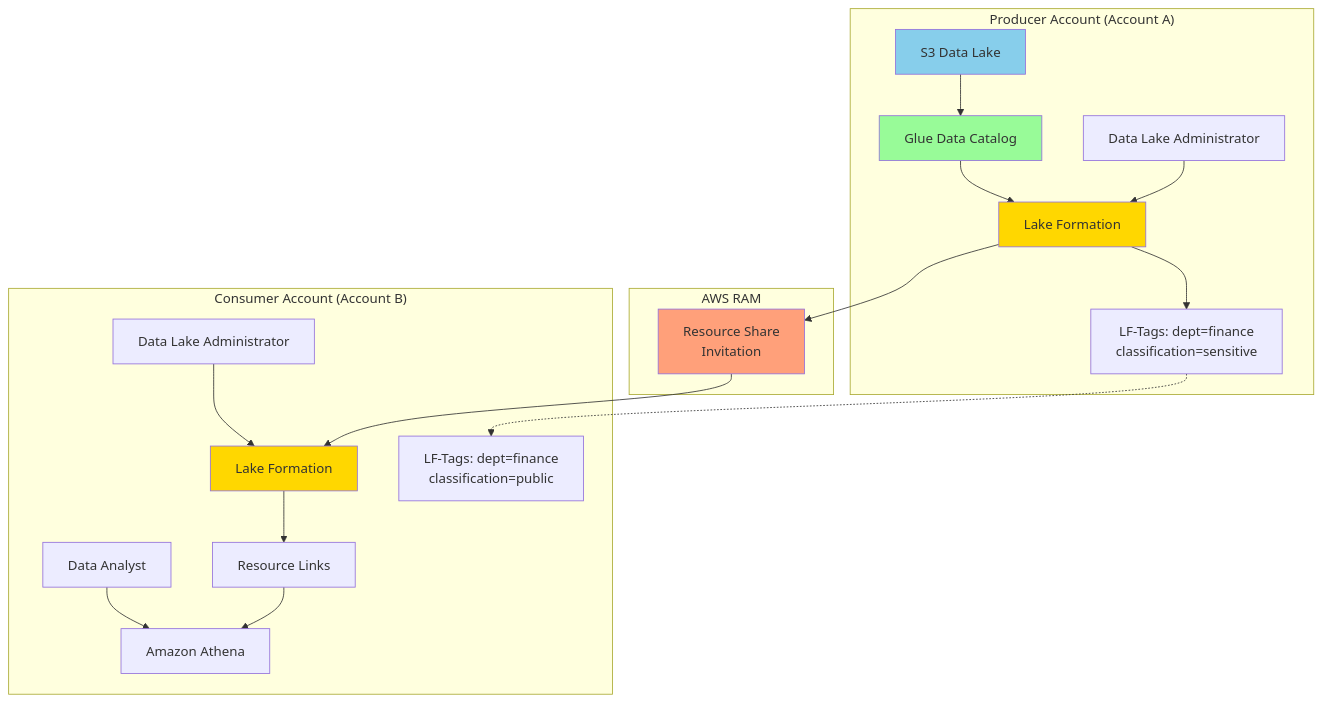
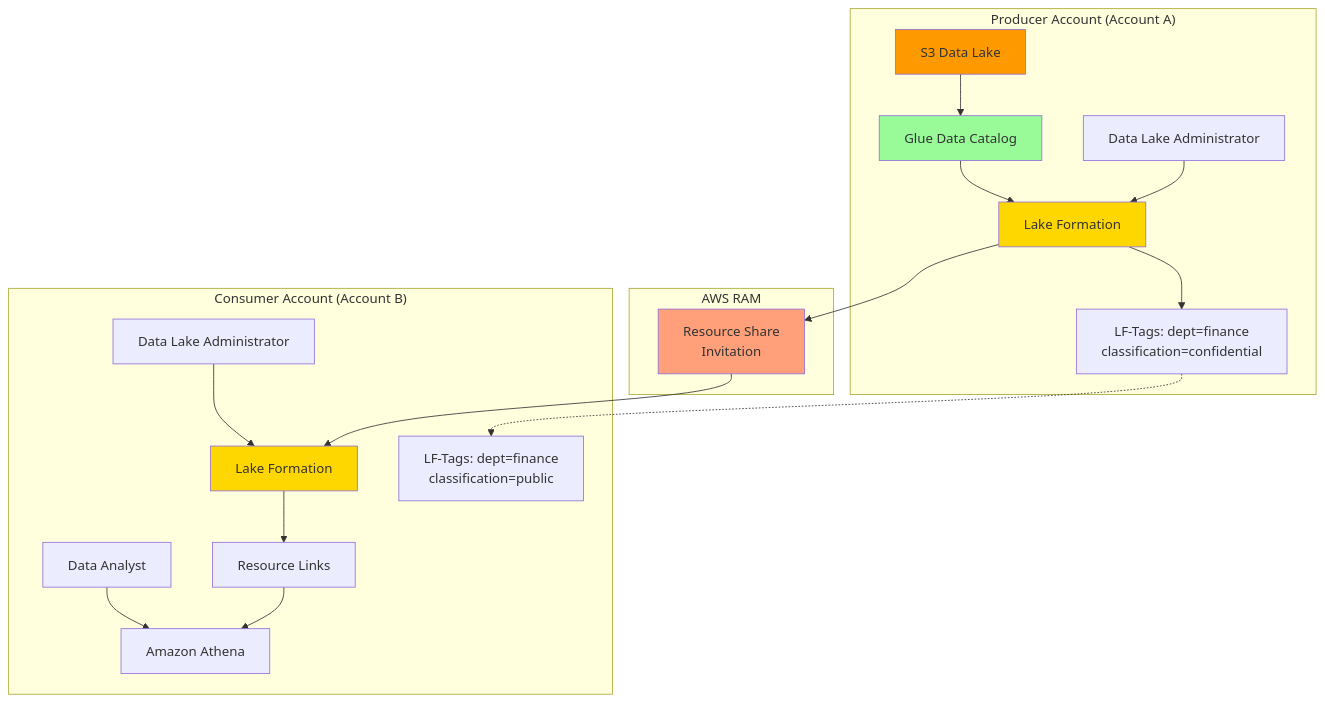
Before and after one commit to mzazon/awesome-cloud-projects: the diagram in aws/cross-account-data-access-lakeformation/cross-account-data-access-lakeformation.md, drawn with Mermaid. The commit also changed other lines of this file and 5581 other files, not shown here.

````diff
--- a/aws/cross-account-data-access-lakeformation/cross-account-data-access-lakeformation.md
+++ b/aws/cross-account-data-access-lakeformation/cross-account-data-access-lakeformation.md
@@ -30,41 +30,41 @@
 ```mermaid
 graph TB
     subgraph "Producer Account (Account A)"
         DLA1[Data Lake Administrator]
         S3A[S3 Data Lake]
         GLUEA[Glue Data Catalog]
         LFA[Lake Formation]
-        TAGS1[LF-Tags: dept=finance<br/>classification=sensitive]
+        TAGS1[LF-Tags: dept=finance<br/>classification=confidential]
     end
     
     subgraph "Consumer Account (Account B)"
         DLA2[Data Lake Administrator]
         ANALYST[Data Analyst]
         LFCONSUMER[Lake Formation]
         RESLINK[Resource Links]
         ATHENA[Amazon Athena]
         TAGS2[LF-Tags: dept=finance<br/>classification=public]
     end
     
     subgraph "AWS RAM"
         INVITE[Resource Share<br/>Invitation]
     end
     
     DLA1 --> LFA
     S3A --> GLUEA
     GLUEA --> LFA
     LFA --> TAGS1
     LFA --> INVITE
     INVITE --> LFCONSUMER
     DLA2 --> LFCONSUMER
     LFCONSUMER --> RESLINK
     RESLINK --> ATHENA
     ANALYST --> ATHENA
     TAGS1 -.-> TAGS2
     
-    style S3A fill:#87CEEB
+    style S3A fill:#FF9900
     style GLUEA fill:#98FB98
     style LFA fill:#FFD700
     style LFCONSUMER fill:#FFD700
     style INVITE fill:#FFA07A
 ```
````
